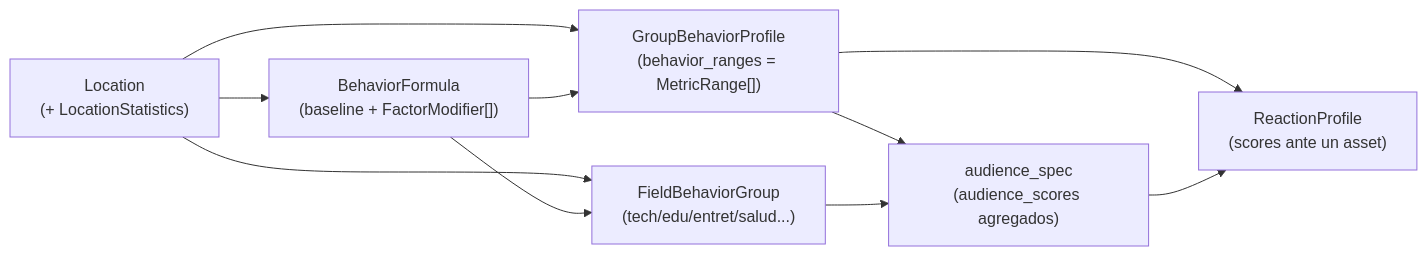
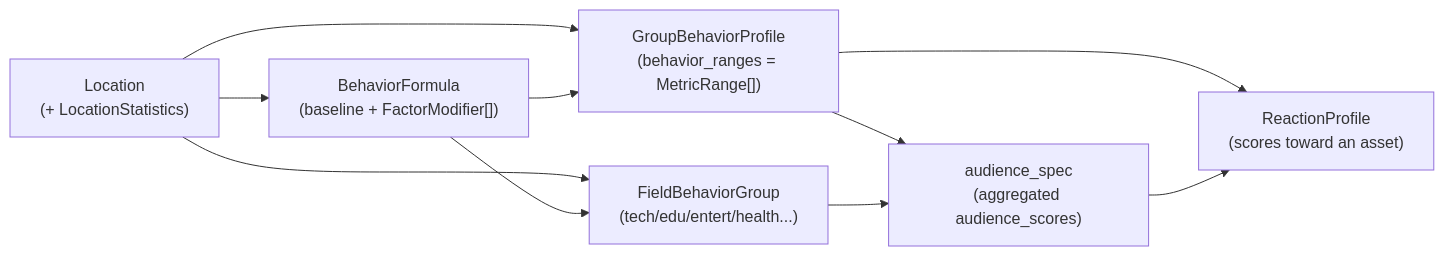
One commit to YuChan707/AGENTS-LEAGUE-HACKATHON-2026 changed the third of 3 diagrams in docs/workflow.md. Above: the diagram before and after it, drawn with Mermaid. The commit also changed other lines of this file and 41 other files, not shown here.

````diff
--- a/docs/workflow.md
+++ b/docs/workflow.md
@@ -79,19 +79,19 @@
 ```mermaid
 flowchart LR
     LOC["Location<br/>(+ LocationStatistics)"]
     BF["BehaviorFormula<br/>(baseline + FactorModifier[])"]
-    FG["FieldBehaviorGroup<br/>(tech/edu/entret/salud...)"]
+    FG["FieldBehaviorGroup<br/>(tech/edu/entert/health...)"]
     GP["GroupBehaviorProfile<br/>(behavior_ranges = MetricRange[])"]
-    SPEC["audience_spec<br/>(audience_scores agregados)"]
-    RP["ReactionProfile<br/>(scores ante un asset)"]
+    SPEC["audience_spec<br/>(aggregated audience_scores)"]
+    RP["ReactionProfile<br/>(scores toward an asset)"]
 
     LOC --> BF
     LOC --> FG
     LOC --> GP
     BF --> GP
     BF --> FG
     GP --> SPEC
     FG --> SPEC
     GP --> RP
     SPEC --> RP
 ```
````
